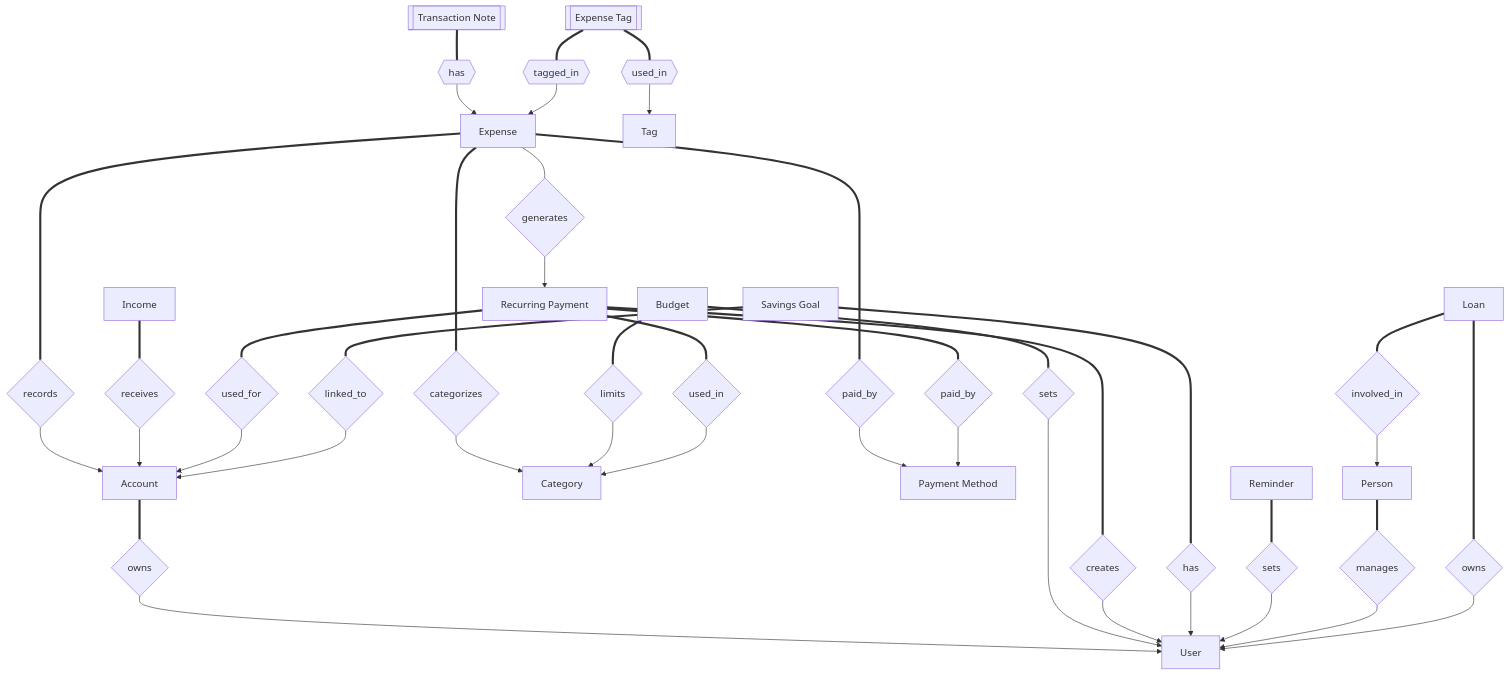
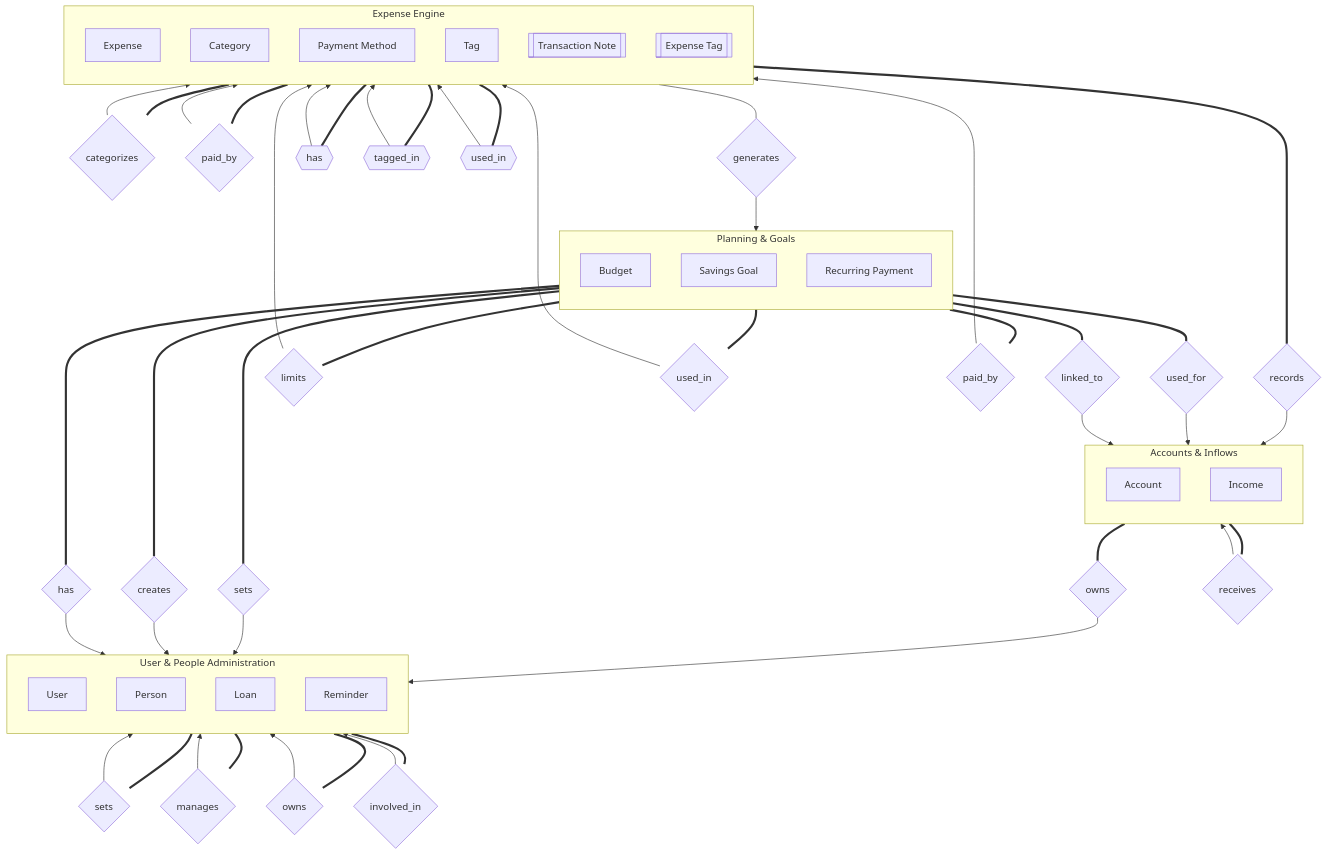
Before and after one commit to Souhit-Majumder/Plutus: the second of 3 diagrams in README.md, drawn with Mermaid.

````diff
--- a/README.md
+++ b/README.md
@@ -200,25 +200,43 @@
 ```mermaid
 flowchart TD
-    %% ENTITIES (Strong)
-    USER[User]
-    ACCOUNT[Account]
-    CATEGORY[Category]
-    PAYMENT[Payment Method]
-    EXPENSE[Expense]
-    INCOME[Income]
-    BUDGET[Budget]
-    RECURRING[Recurring Payment]
-    SAVINGS[Savings Goal]
-    TAG[Tag]
-    REMINDER[Reminder]
-    PERSON[Person]
-    LOAN[Loan]
+    %% ==========================================
+    %% DOMAIN CLUSTERS (Subgraphs)
+    %% ==========================================
 
-    %% ENTITIES (Weak - Doubly Bounded Box)
-    NOTE[[Transaction Note]]
-    EXPENSE_TAG[[Expense Tag]]
+    subgraph Domain_User ["User & People Administration"]
+        direction TB
+        USER[User]
+        PERSON[Person]
+        LOAN[Loan]
+        REMINDER[Reminder]
+    end
 
+    subgraph Domain_Accounts ["Accounts & Inflows"]
+        direction TB
+        ACCOUNT[Account]
+        INCOME[Income]
+    end
+
+    subgraph Domain_Planning ["Planning & Goals"]
+        direction TB
+        BUDGET[Budget]
+        SAVINGS[Savings Goal]
+        RECURRING[Recurring Payment]
+    end
+
+    subgraph Domain_Expenses ["Expense Engine"]
+        direction TB
+        EXPENSE[Expense]
+        CATEGORY[Category]
+        PAYMENT[Payment Method]
+        TAG[Tag]
+        NOTE[[Transaction Note]]
+        EXPENSE_TAG[[Expense Tag]]
+    end
+
+    %% ==========================================
     %% RELATIONSHIPS (Standard - Diamonds)
+    %% ==========================================
     OWNS_ACC{owns}
     SETS_BUD{sets}
     CREATES_REC{creates}
@@ -238,79 +256,49 @@
     GENERATES_EXP{generates}
     INVOLVED_IN{involved_in}
 
-    %% RELATIONSHIPS (Identifying/Weak - Hexagons acting as Double Diamonds)
+    %% RELATIONSHIPS (Identifying/Weak - Hexagons)
     HAS_NOTE{{"has"}}
     TAGS_EXP{{"tagged_in"}}
     TAGS_TAG{{"used_in"}}
 
-    %% USER RELATIONS
-    ACCOUNT === OWNS_ACC
-    OWNS_ACC --> USER
+    %% ==========================================
+    %% MAPPINGS
+    %% ==========================================
 
-    BUDGET === SETS_BUD
-    SETS_BUD --> USER
+    %% User Relations
+    ACCOUNT === OWNS_ACC --> USER
+    BUDGET === SETS_BUD --> USER
+    RECURRING === CREATES_REC --> USER
+    SAVINGS === HAS_GOAL --> USER
+    REMINDER === SETS_REM --> USER
+    PERSON === MANAGES_PER --> USER
+    LOAN === OWNS_LOAN --> USER
 
-    RECURRING === CREATES_REC
-    CREATES_REC --> USER
+    %% Account Relations
+    EXPENSE === RECORDS_EXP --> ACCOUNT
+    INCOME === RECEIVES_INC --> ACCOUNT
+    RECURRING === USED_FOR_REC --> ACCOUNT
+    SAVINGS === LINKED_SAV --> ACCOUNT
 
-    SAVINGS === HAS_GOAL
-    HAS_GOAL --> USER
+    %% Category Relations
+    EXPENSE === CATEGORIZES_EXP --> CATEGORY
+    BUDGET === LIMITS_BUD --> CATEGORY
+    RECURRING === USED_IN_REC --> CATEGORY
 
-    REMINDER === SETS_REM
-    SETS_REM --> USER
+    %% Payment Method Relations
+    EXPENSE === PAID_BY_EXP --> PAYMENT
+    RECURRING === PAID_BY_REC --> PAYMENT
 
-    PERSON === MANAGES_PER
-    MANAGES_PER --> USER
+    %% Recurring Payment to Expense
+    EXPENSE --- GENERATES_EXP --> RECURRING
 
-    LOAN === OWNS_LOAN
-    OWNS_LOAN --> USER
+    %% Weak Entity: Transaction Note
+    NOTE === HAS_NOTE --> EXPENSE
 
-    %% ACCOUNT RELATIONS
-    EXPENSE === RECORDS_EXP
-    RECORDS_EXP --> ACCOUNT
+    %% Weak/Associative Entity: Expense Tag
+    EXPENSE_TAG === TAGS_EXP --> EXPENSE
+    EXPENSE_TAG === TAGS_TAG --> TAG
 
-    INCOME === RECEIVES_INC
-    RECEIVES_INC --> ACCOUNT
-
-    RECURRING === USED_FOR_REC
-    USED_FOR_REC --> ACCOUNT
-
-    SAVINGS === LINKED_SAV
-    LINKED_SAV --> ACCOUNT
-
-    %% CATEGORY RELATIONS
-    EXPENSE === CATEGORIZES_EXP
-    CATEGORIZES_EXP --> CATEGORY
-
-    BUDGET === LIMITS_BUD
-    LIMITS_BUD --> CATEGORY
-
-    RECURRING === USED_IN_REC
-    USED_IN_REC --> CATEGORY
-
-    %% PAYMENT METHOD RELATIONS
-    EXPENSE === PAID_BY_EXP
-    PAID_BY_EXP --> PAYMENT
-
-    RECURRING === PAID_BY_REC
-    PAID_BY_REC --> PAYMENT
-
-    %% RECURRING PAYMENT TO EXPENSE
-    EXPENSE --- GENERATES_EXP
-    GENERATES_EXP --> RECURRING
-
-    %% WEAK ENTITY: TRANSACTION NOTE (Uses Hexagon)
-    NOTE === HAS_NOTE
-    HAS_NOTE --> EXPENSE
-
-    %% WEAK/ASSOCIATIVE ENTITY: EXPENSE TAG (Uses Hexagons)
-    EXPENSE_TAG === TAGS_EXP
-    TAGS_EXP --> EXPENSE
-
-    EXPENSE_TAG === TAGS_TAG
-    TAGS_TAG --> TAG
-
-    %% PERSON & LOAN RELATIONS
-    LOAN === INVOLVED_IN
-    INVOLVED_IN --> PERSON
+    %% Person & Loan Relations
+    LOAN === INVOLVED_IN --> PERSON
 ```
````
